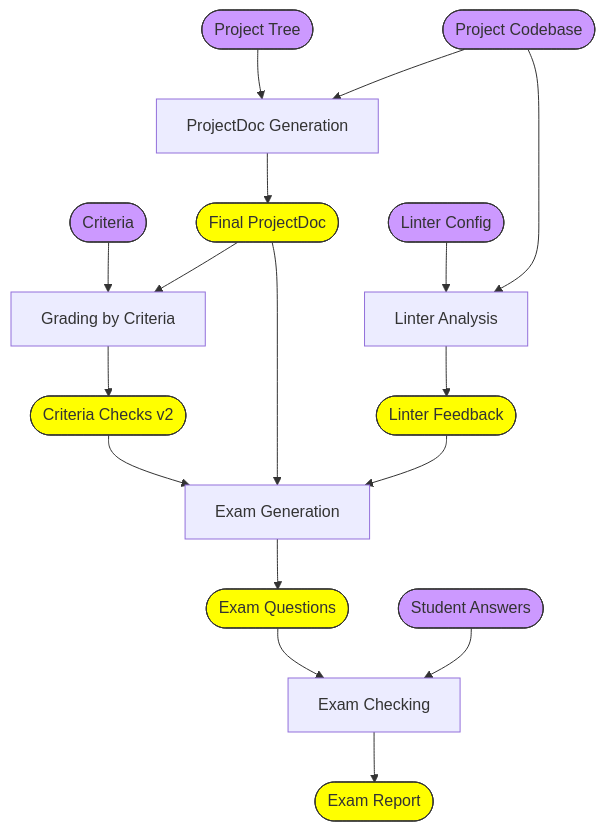
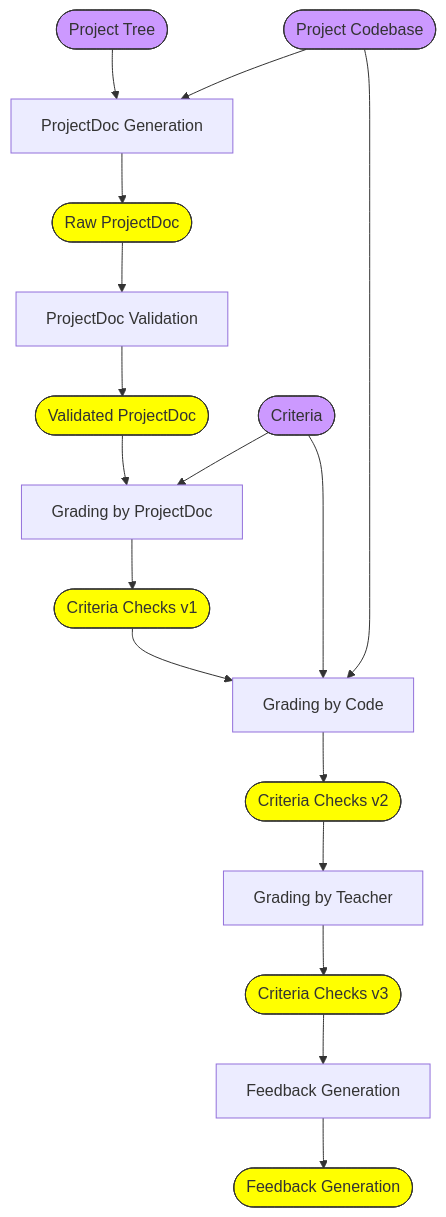
Before and after one commit to Daniil-Solo/AIReviewBackend: the second of 2 diagrams in docs/architecture/ai.md, drawn with Mermaid. The commit also changed other lines of this file and 13 other files, not shown here.

````diff
--- a/docs/architecture/ai.md
+++ b/docs/architecture/ai.md
@@ -5,56 +30,43 @@
 ```mermaid
 flowchart TB
-    B1([Criteria])
-    B2[Grading by Criteria]
-    B5([Criteria Checks v2])
-    B1 --> B2
-    A10 --> B2 --> B5
-
     A2([Project Tree])
     A1([Project Codebase])
     A3[ProjectDoc Generation]
-    A10([Final ProjectDoc])
+    A4[ProjectDoc Validation]
+    A5([Raw ProjectDoc])
+    A6([Validated ProjectDoc])
 
     A1 --> A3
-    A2 --> A3 --> A10
+    A2 --> A3 --> A5 --> A4
+    A4 --> A6 
 
+    B1([Criteria])
+    B2[Grading by ProjectDoc]
+    B3([Criteria Checks v1])
+    B4[Grading by Code]
+    B5([Criteria Checks v2])
+    B6[Grading by Teacher]
+    B7([Criteria Checks v3])
+    B1 --> B2
+    A6 --> B2 --> B3 --> B4 --> B5
+    A1 --> B4
+    B1 --> B4
+    B5 --> B6 --> B7
 
-    C1([Linter Config])
-    C2[Linter Analysis]
-    C5([Linter Feedback])
-
-    C1 --> C2 --> C5
-    A1 --> C2
-
-    D1[Exam Generation]
-    D2([Exam Questions])
-    
-
-    E1[Exam Checking]
-    E2([Exam Report])
-    E3([Student Answers])
-
-    D2 --> E1
-    E1 --> E2
-    E3 --> E1
-
-    A10 --> D1
-    B5 --> D1
-    C5 --> D1
-    D1 --> D2
-
+    C1[Feedback Generation]
+    C2([Feedback Generation])
+    B7 --> C1 --> C2
 
     %% Input Data
     style A1 fill:#c9f,stroke:#333
     style A2 fill:#c9f,stroke:#333
     style B1 fill:#c9f,stroke:#333
-    style C1 fill:#c9f,stroke:#333
-    style E3 fill:#c9f,stroke:#333
 
     %% Artifacts
-    style A10 fill:#ff0,stroke:#333
+    style A6 fill:#ff0,stroke:#333
+    style A5 fill:#ff0,stroke:#333
+    style B3 fill:#ff0,stroke:#333
     style B5 fill:#ff0,stroke:#333
-    style C5 fill:#ff0,stroke:#333
-    style D2 fill:#ff0,stroke:#333
-    style E2 fill:#ff0,stroke:#333
+    style B7 fill:#ff0,stroke:#333
+    style C2 fill:#ff0,stroke:#333
 ```
````
